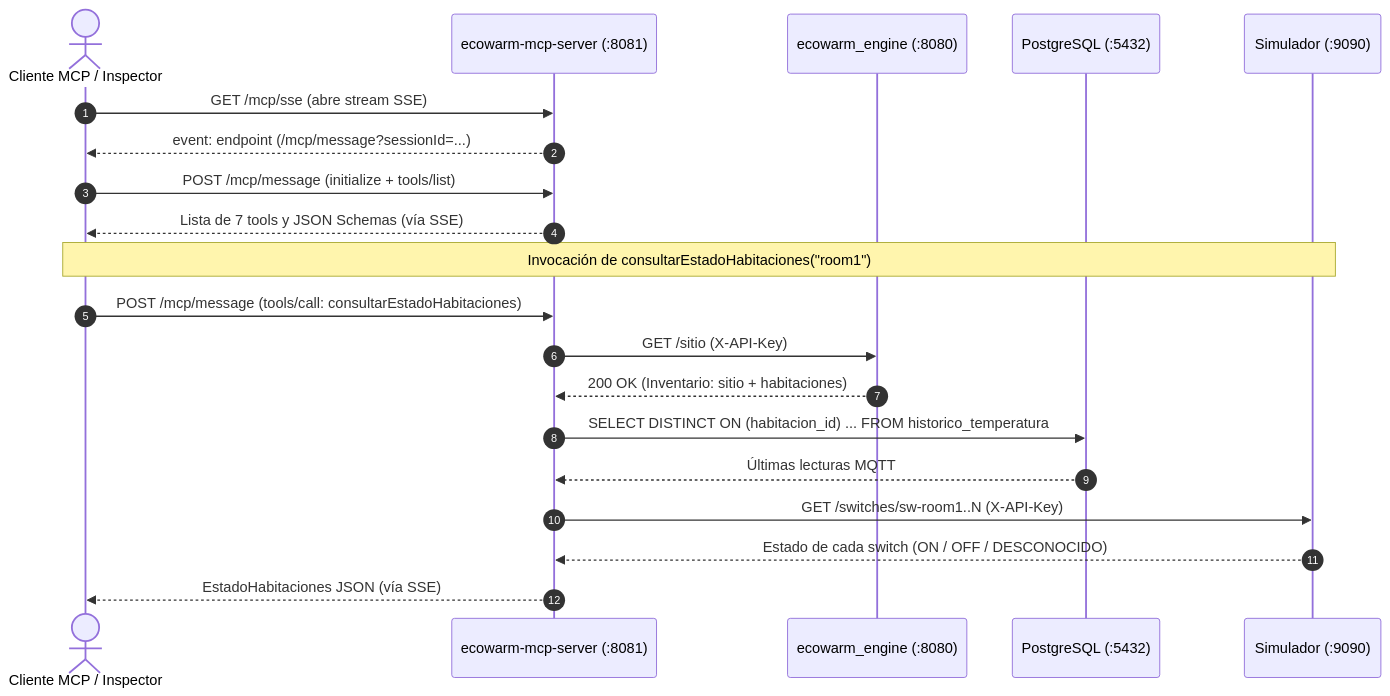
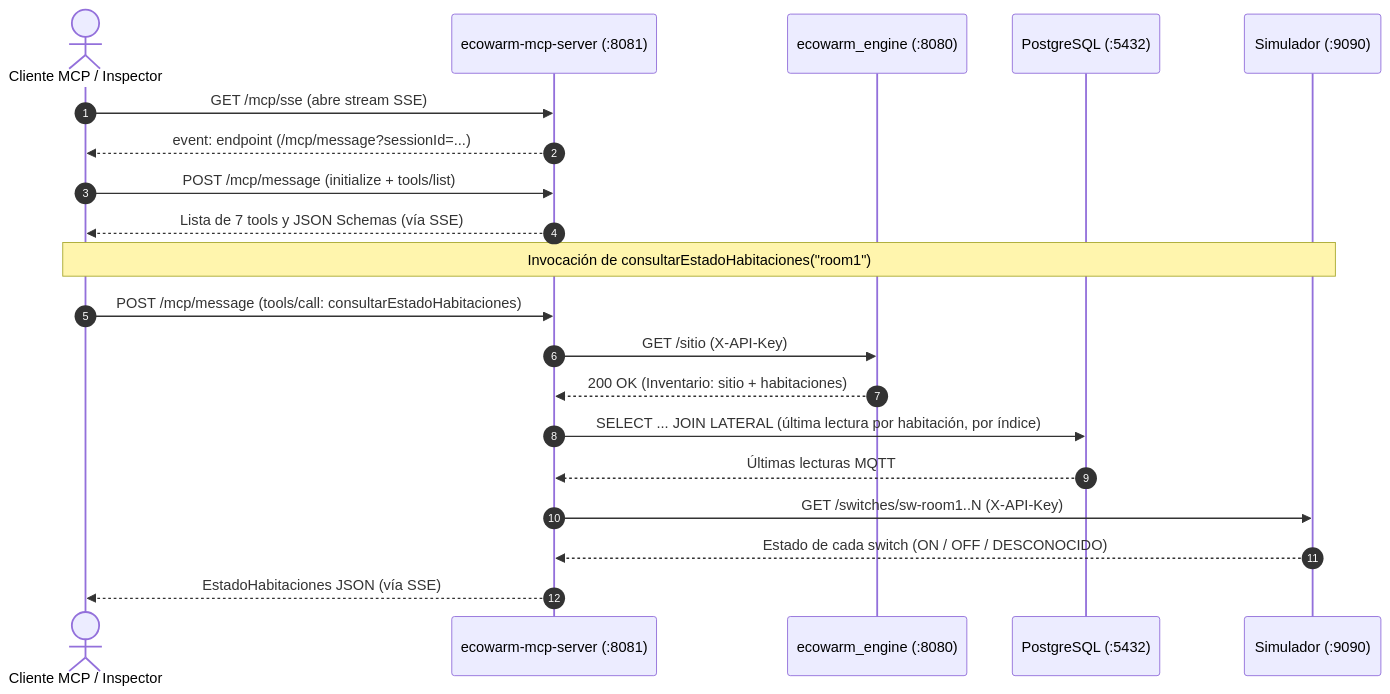
The second of 3 diagrams in docs/mcp/4mas1-mcp.md (guzmanbarbatto/iiss-2026-grupo-3-vespertino), drawn with Mermaid before and after one commit. The commit also changed other lines of this file and 84 other files, not shown here.

````diff
--- a/docs/mcp/4mas1-mcp.md
+++ b/docs/mcp/4mas1-mcp.md
@@ -111,24 +112,24 @@
 ```mermaid
 sequenceDiagram
     autonumber
     actor Agente as Cliente MCP / Inspector
     participant MCP as ecowarm-mcp-server (:8081)
     participant Engine as ecowarm_engine (:8080)
     participant DB as PostgreSQL (:5432)
     participant Sim as Simulador (:9090)
 
     Agente->>MCP: GET /mcp/sse (abre stream SSE)
     MCP-->>Agente: event: endpoint (/mcp/message?sessionId=...)
     Agente->>MCP: POST /mcp/message (initialize + tools/list)
     MCP-->>Agente: Lista de 7 tools y JSON Schemas (vía SSE)
 
     Note over Agente,Sim: Invocación de consultarEstadoHabitaciones("room1")
     Agente->>MCP: POST /mcp/message (tools/call: consultarEstadoHabitaciones)
     MCP->>Engine: GET /sitio (X-API-Key)
     Engine-->>MCP: 200 OK (Inventario: sitio + habitaciones)
-    MCP->>DB: SELECT DISTINCT ON (habitacion_id) ... FROM historico_temperatura
+    MCP->>DB: SELECT ... JOIN LATERAL (última lectura por habitación, por índice)
     DB-->>MCP: Últimas lecturas MQTT
     MCP->>Sim: GET /switches/sw-room1..N (X-API-Key)
     Sim-->>MCP: Estado de cada switch (ON / OFF / DESCONOCIDO)
     MCP-->>Agente: EstadoHabitaciones JSON (vía SSE)
 ```
````
